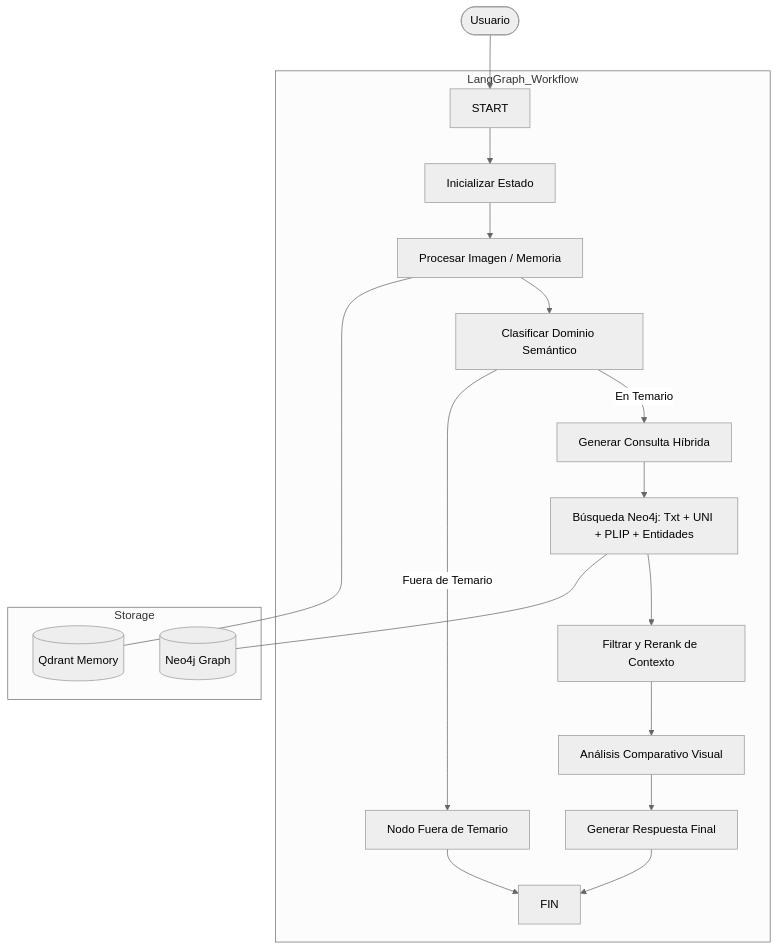
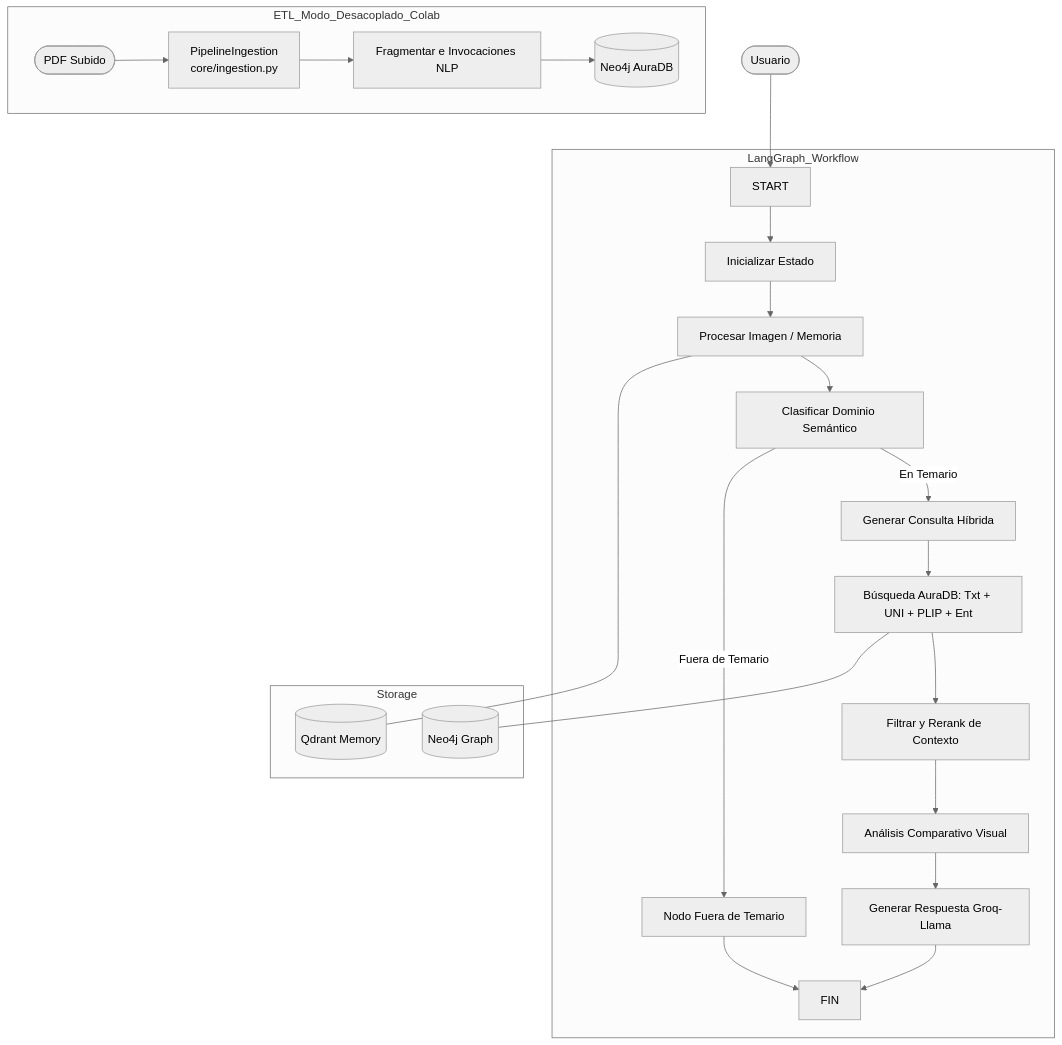
One commit to tompivel/histo-test changed the diagram in README.md. Above: the diagram before and after it, drawn with Mermaid (neutral theme). The commit also changed other lines of this file and 21 other files, not shown here.

````diff
--- a/README.md
+++ b/README.md
@@ -18,22 +16,29 @@
 ```mermaid
 graph TD
     User([Usuario]) --> START
+    
+    subgraph ETL_Modo_Desacoplado_Colab
+        PDF([PDF Subido]) --> pipeline[PipelineIngestion\ncore/ingestion.py]
+        pipeline --> chunk[Fragmentar e Invocaciones NLP]
+        chunk --> n4j[(Neo4j AuraDB)]
+    end
+    
     subgraph LangGraph_Workflow
         START --> init[Inicializar Estado]
         init --> img_proc[Procesar Imagen / Memoria]
         img_proc --> classify[Clasificar Dominio Semántico]
         classify -- En Temario --> gen_query[Generar Consulta Híbrida]
         classify -- Fuera de Temario --> out_scope[Nodo Fuera de Temario]
-        gen_query --> search[Búsqueda Neo4j: Txt + UNI + PLIP + Entidades]
+        gen_query --> search[Búsqueda AuraDB: Txt + UNI + PLIP + Ent]
         search --> filter[Filtrar y Rerank de Contexto]
         filter --> compare[Análisis Comparativo Visual]
-        compare --> generate[Generar Respuesta Final]
+        compare --> generate[Generar Respuesta Groq-Llama]
         generate --> FIN
         out_scope --> FIN
     end
     
     subgraph Storage
         search --- Neo4j[(Neo4j Graph)]
         img_proc --- Qdrant[(Qdrant Memory)]
     end
 ```
````
